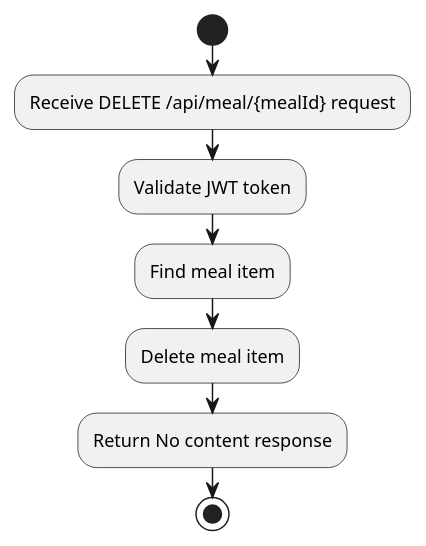
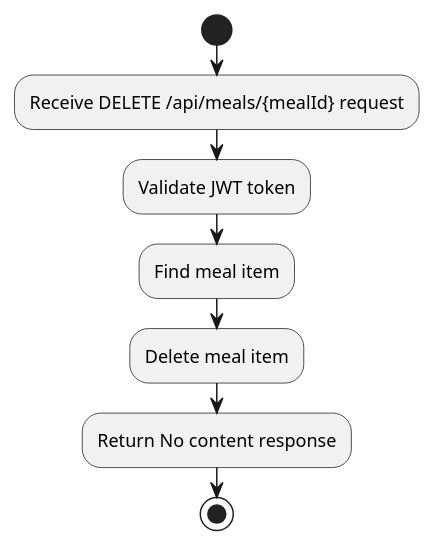
One commit to alfredbrannare/automagic-foodtracker-backend changed the diagram in docs/system_documentation/diagrams/activity/meal/meal_delete_activity.puml. Above: the diagram before and after it, drawn with PlantUML. The commit also changed 2 other files, not shown here.

Commit message:
docs: update diagrams

```diff
--- a/docs/system_documentation/diagrams/activity/meal/meal_delete_activity.puml
+++ b/docs/system_documentation/diagrams/activity/meal/meal_delete_activity.puml
@@ -1,12 +1,12 @@
 @startuml
 start
 
-:Receive DELETE /api/meal/{mealId} request;
+:Receive DELETE /api/meals/{mealId} request;
 :Validate JWT token;
 
 :Find meal item;
 :Delete meal item;
 
 :Return No content response;
 stop
 @enduml
```
